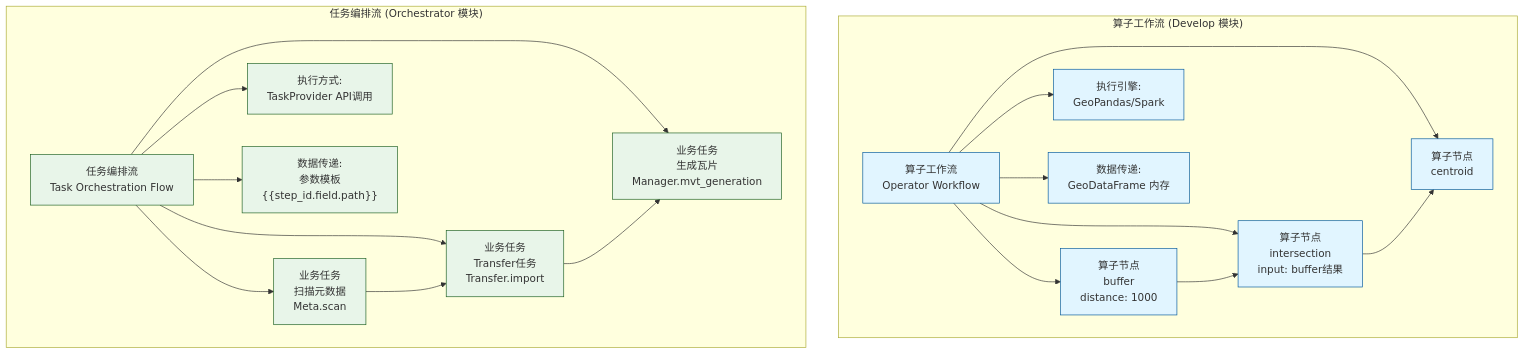
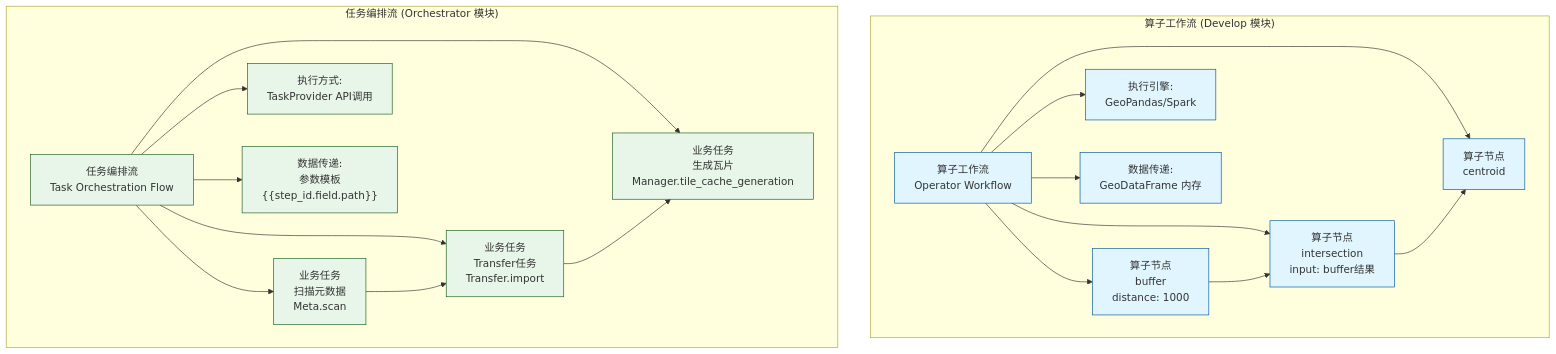
Before and after one commit to pampa0629/addp: the second of 6 diagrams in docs/concepts/addp任务编排体系图.md, drawn with Mermaid. The commit also changed other lines of this file and 136 other files, not shown here.

````diff
--- a/docs/concepts/addp任务编排体系图.md
+++ b/docs/concepts/addp任务编排体系图.md
@@ -133,36 +133,36 @@
 ```mermaid
 graph TB
     subgraph "算子工作流 (Develop 模块)"
         OpWF[算子工作流<br/>Operator Workflow]
 
         OpWF --> OpNode1[算子节点<br/>buffer<br/>distance: 1000]
         OpWF --> OpNode2[算子节点<br/>intersection<br/>input: buffer结果]
         OpWF --> OpNode3[算子节点<br/>centroid]
 
         OpNode1 --> OpNode2
         OpNode2 --> OpNode3
 
         OpWF --> OpEngine[执行引擎:<br/>GeoPandas/Spark]
         OpWF --> OpData[数据传递:<br/>GeoDataFrame 内存]
     end
 
     subgraph "任务编排流 (Orchestrator 模块)"
         TaskWF[任务编排流<br/>Task Orchestration Flow]
 
         TaskWF --> TaskNode1[业务任务<br/>扫描元数据<br/>Meta.scan]
         TaskWF --> TaskNode2[业务任务<br/>Transfer任务<br/>Transfer.import]
-        TaskWF --> TaskNode3[业务任务<br/>生成瓦片<br/>Manager.mvt_generation]
+        TaskWF --> TaskNode3[业务任务<br/>生成瓦片<br/>Manager.tile_cache_generation]
 
         TaskNode1 --> TaskNode2
         TaskNode2 --> TaskNode3
 
         TaskWF --> TaskEngine[执行方式:<br/>TaskProvider API调用]
         TaskWF --> TaskData["数据传递:<br/>参数模板<br/>{{step_id.field.path}}"]
     end
 
     classDef operator fill:#e1f5ff,stroke:#01579b
     classDef task fill:#e8f5e9,stroke:#1b5e20
 
     class OpWF,OpNode1,OpNode2,OpNode3,OpEngine,OpData operator
     class TaskWF,TaskNode1,TaskNode2,TaskNode3,TaskEngine,TaskData task
 ```
````
